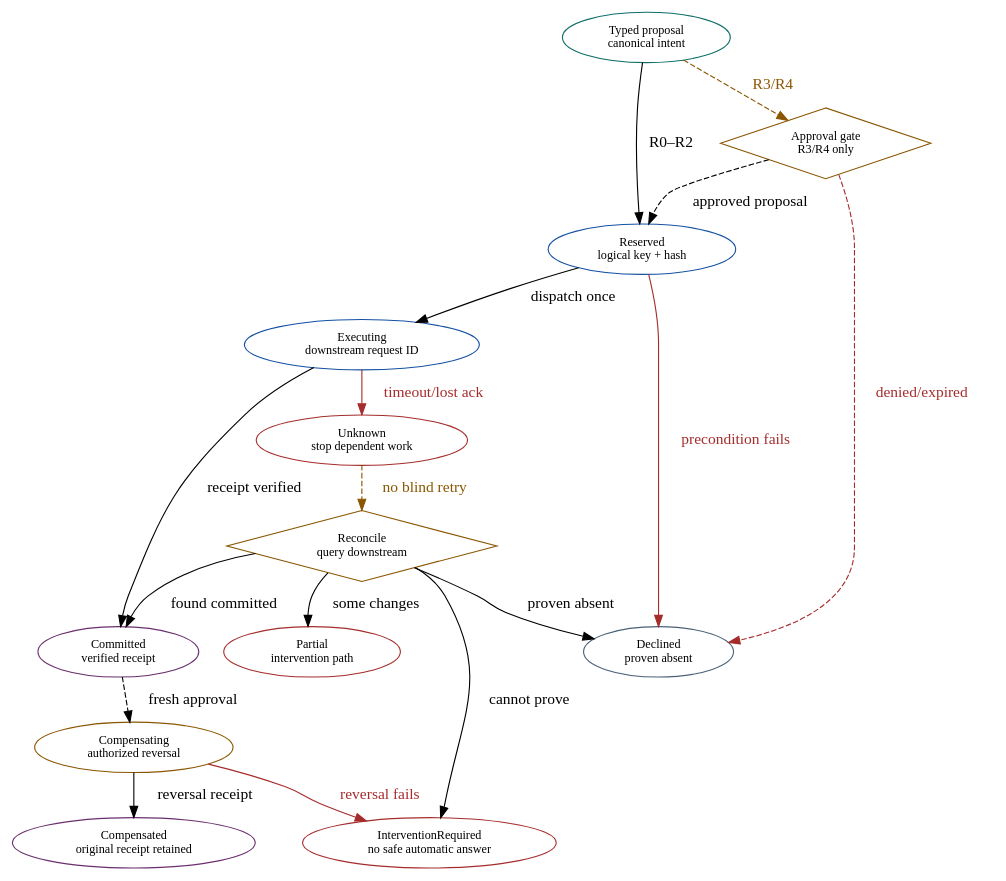
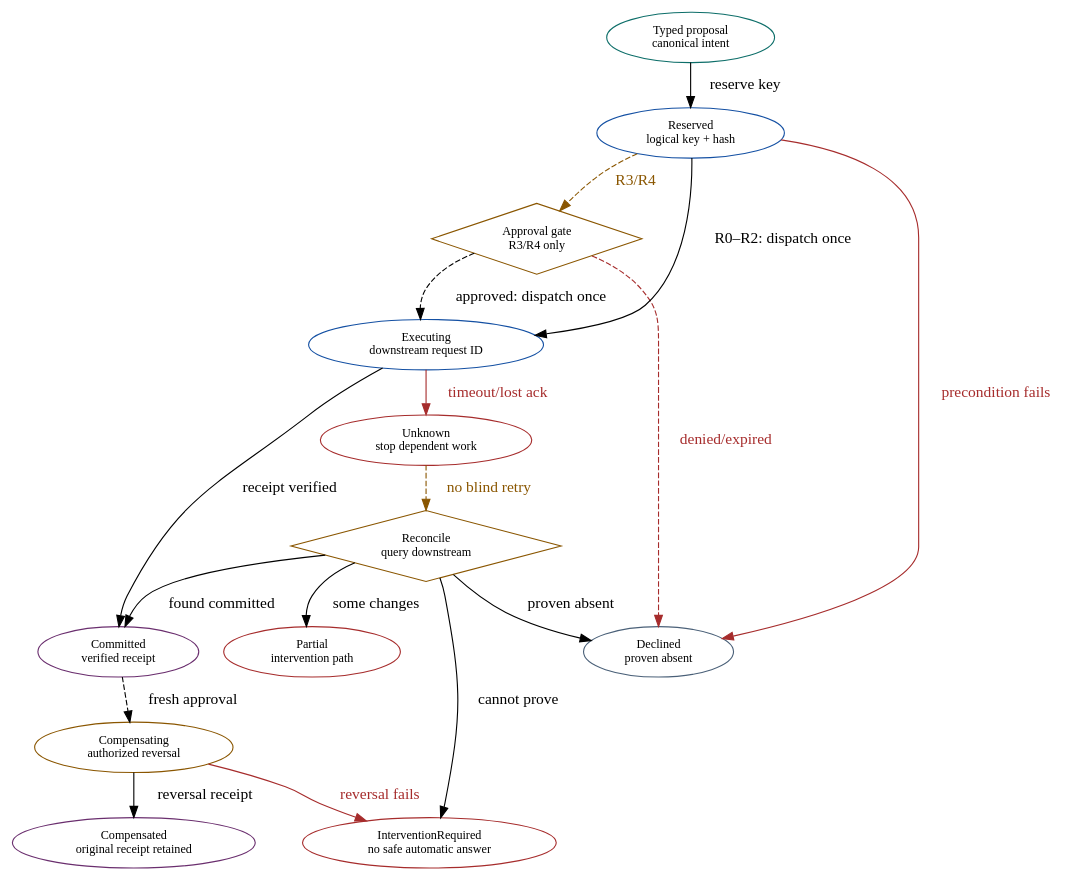
One commit to rrahimi-uci/building-enterprise-general-intelligence changed the diagram in assets/diagrams/src/effect-lifecycle.gv. Above: the diagram before and after it, drawn with Graphviz. The commit also changed 39 other files, not shown here.

```diff
--- a/assets/diagrams/src/effect-lifecycle.gv
+++ b/assets/diagrams/src/effect-lifecycle.gv
@@ -1,38 +1,39 @@
 // Figure 22-1 — Protected effect lifecycle.
 // Message: an unknown outcome is a durable stop, not a failed request that can
-// be blindly retried; compensation is a new business effect.
+// be blindly retried; compensation is a new business effect. The effect is
+// reserved before approval so duplicate proposals awaiting it share one key.
 digraph effect_lifecycle {
   rankdir = TB
   graph [ranksep=0.35, nodesep=0.30]
   node [width=1.75, fontsize=11]
 
   proposal [label="Typed proposal\ncanonical intent", fillcolor="#E7F5F3", color="#0D6E69"]
   approval [label="Approval gate\nR3/R4 only", shape=diamond, fillcolor="#FFF4DF", color="#8A5600"]
   reserved [label="Reserved\nlogical key + hash", fillcolor="#EAF3FB", color="#1450A3"]
   executing [label="Executing\ndownstream request ID", fillcolor="#EAF3FB", color="#1450A3"]
   committed [label="Committed\nverified receipt", fillcolor="#F7ECF8", color="#6A2E6E"]
   declined [label="Declined\nproven absent", fillcolor="#EEF4FA", color="#4A6078"]
   unknown [label="Unknown\nstop dependent work", fillcolor="#FCECEC", color="#A62C2C"]
   reconcile [label="Reconcile\nquery downstream", shape=diamond, fillcolor="#FFF4DF", color="#8A5600"]
   partial [label="Partial\nintervention path", fillcolor="#FCECEC", color="#A62C2C"]
   intervention [label="InterventionRequired\nno safe automatic answer", fillcolor="#FCECEC", color="#A62C2C"]
   compensating [label="Compensating\nauthorized reversal", fillcolor="#FFF4DF", color="#8A5600"]
   compensated [label="Compensated\noriginal receipt retained", fillcolor="#F7ECF8", color="#6A2E6E"]
 
-  proposal -> reserved [label="  R0–R2  "]
-  proposal -> approval [label="  R3/R4  ", style=dashed, color="#8A5600", fontcolor="#8A5600"]
-  approval -> reserved [label="  approved proposal  ", style=dashed]
+  proposal -> reserved [label="  reserve key  "]
+  reserved -> executing [label="  R0–R2: dispatch once  "]
+  reserved -> approval [label="  R3/R4  ", style=dashed, color="#8A5600", fontcolor="#8A5600"]
+  approval -> executing [label="  approved: dispatch once  ", style=dashed]
   approval -> declined [label="  denied/expired  ", style=dashed, color="#A62C2C", fontcolor="#A62C2C"]
-  reserved -> executing [label="  dispatch once  "]
   reserved -> declined [label="  precondition fails  ", color="#A62C2C", fontcolor="#A62C2C"]
   executing -> committed [label="  receipt verified  "]
   executing -> unknown [label="  timeout/lost ack  ", color="#A62C2C", fontcolor="#A62C2C"]
   unknown -> reconcile [label="  no blind retry  ", style=dashed, color="#8A5600", fontcolor="#8A5600"]
   reconcile -> committed [label="  found committed  "]
   reconcile -> declined [label="  proven absent  "]
   reconcile -> partial [label="  some changes  "]
   reconcile -> intervention [label="  cannot prove  "]
   committed -> compensating [label="  fresh approval  ", style=dashed]
   compensating -> compensated [label="  reversal receipt  "]
   compensating -> intervention [label="  reversal fails  ", color="#A62C2C", fontcolor="#A62C2C"]
 }
```
